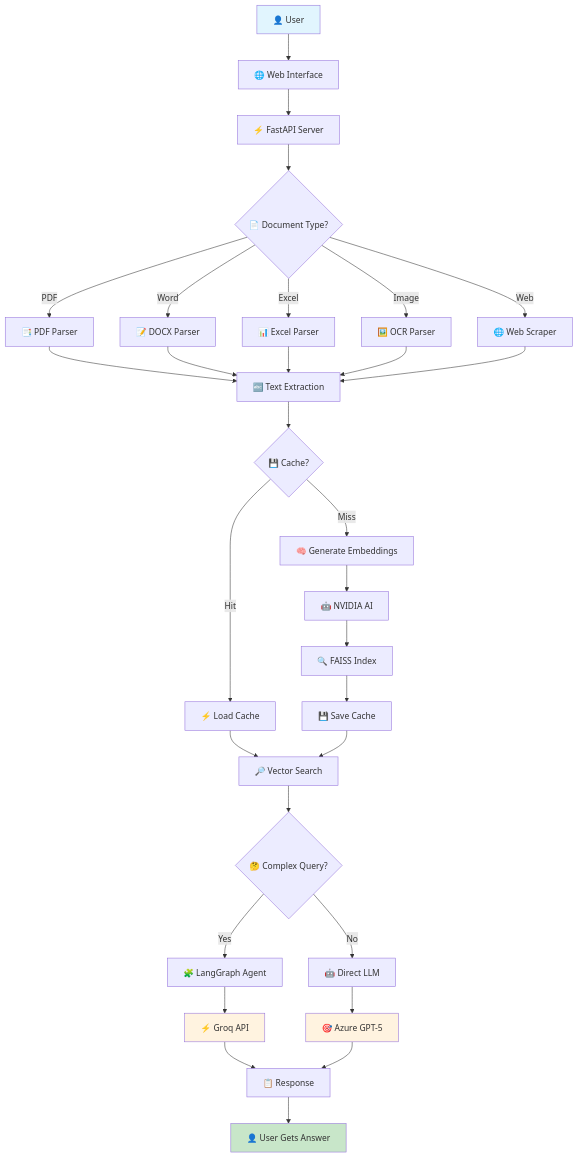
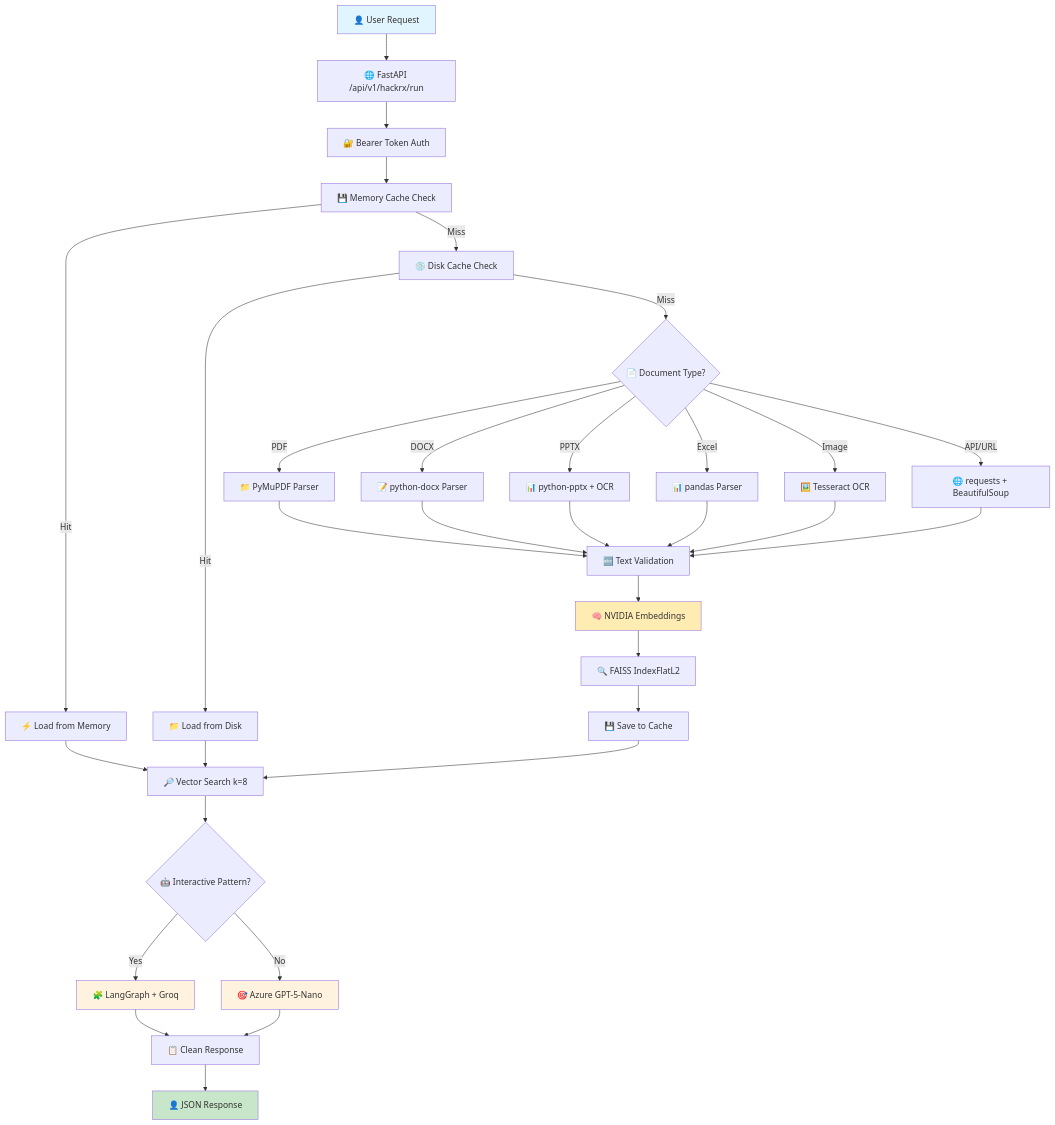
One commit to snehalatha1604/llm_system changed the diagram in HACKATHON_PRESENTATION.md. Above: the diagram before and after it, drawn with Mermaid. The commit also changed other lines of this file, not shown here.

````diff
--- a/HACKATHON_PRESENTATION.md
+++ b/HACKATHON_PRESENTATION.md
@@ -26,46 +26,49 @@
 ```mermaid
 graph TD
-    A[👤 User] --> B[🌐 Web Interface]
-    B --> C[⚡ FastAPI Server]
+    A[👤 User Request] --> B[🌐 FastAPI /api/v1/hackrx/run]
+    B --> C[🔐 Bearer Token Auth]
+    C --> D[💾 Memory Cache Check]
     
-    C --> D{📄 Document Type?}
-    D -->|PDF| E[📑 PDF Parser]
-    D -->|Word| F[📝 DOCX Parser]
-    D -->|Excel| G[📊 Excel Parser]
-    D -->|Image| H[🖼️ OCR Parser]
-    D -->|Web| I[🌐 Web Scraper]
+    D -->|Hit| E[⚡ Load from Memory]
+    D -->|Miss| F[💿 Disk Cache Check]
     
-    E --> J[🔤 Text Extraction]
-    F --> J
-    G --> J
-    H --> J
-    I --> J
+    F -->|Hit| G[📁 Load from Disk]
+    F -->|Miss| H{📄 Document Type?}
     
-    J --> K{💾 Cache?}
-    K -->|Hit| L[⚡ Load Cache]
-    K -->|Miss| M[🧠 Generate Embeddings]
+    H -->|PDF| I[📁 PyMuPDF Parser]
+    H -->|DOCX| J[📝 python-docx Parser]
+    H -->|PPTX| K[📊 python-pptx + OCR]
+    H -->|Excel| L[📊 pandas Parser]
+    H -->|Image| M[🖼️ Tesseract OCR]
+    H -->|API/URL| N[🌐 requests + BeautifulSoup]
     
-    M --> N[🤖 NVIDIA AI]
-    N --> O[🔍 FAISS Index]
-    O --> P[💾 Save Cache]
+    I --> O[🔤 Text Validation]
+    J --> O
+    K --> O
+    L --> O
+    M --> O
+    N --> O
     
-    L --> Q[🔎 Vector Search]
-    P --> Q
+    O --> P[🧠 NVIDIA Embeddings]
+    P --> Q[🔍 FAISS IndexFlatL2]
+    Q --> R[💾 Save to Cache]
     
-    Q --> R{🤔 Complex Query?}
-    R -->|Yes| S[🧩 LangGraph Agent]
-    R -->|No| T[🤖 Direct LLM]
+    E --> S[🔎 Vector Search k=8]
+    G --> S
+    R --> S
     
-    S --> U[⚡ Groq API]
-    T --> V[🎯 Azure GPT-5]
+    S --> T{🤖 Interactive Pattern?}
+    T -->|Yes| U[🧩 LangGraph + Groq]
+    T -->|No| V[🎯 Azure GPT-5-Nano]
     
-    U --> W[📋 Response]
+    U --> W[📋 Clean Response]
     V --> W
     
-    W --> X[👤 User Gets Answer]
+    W --> X[👤 JSON Response]
     
     style A fill:#e1f5fe
     style X fill:#c8e6c9
     style V fill:#fff3e0
     style U fill:#fff3e0
+    style P fill:#ffecb3
 ```
````
